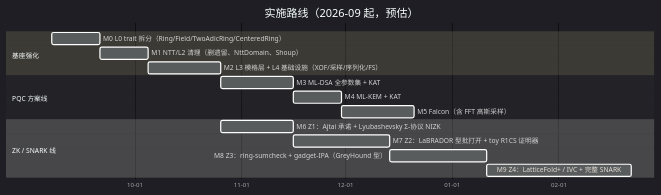
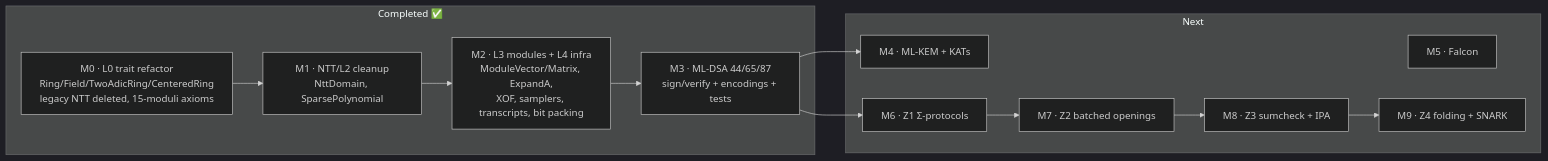
Before and after one commit to SuccinctPaul/lattice-algebra-rs: the diagram in docs/src/pages/roadmap.mdx, drawn with Mermaid (dark theme). The commit also changed other lines of this file and 54 other files, not shown here.

First line of the commit message:
feat: L0-L4 core refactor, ML-DSA, Z1-Z4 protocols, English docs

````diff
--- a/docs/src/pages/roadmap.mdx
+++ b/docs/src/pages/roadmap.mdx
@@ -5,19 +7,19 @@
 ```mermaid
-gantt
-    title 实施路线（2026-09 起，预估）
-    dateFormat YYYY-MM-DD
-    axisFormat %m-%d
-    section 基座强化
-    M0 L0 trait 拆分（Ring/Field/TwoAdicRing/CenteredRing） :m0, 2026-09-07, 14d
-    M1 NTT/L2 清理（删遗留、NttDomain、Shoup）            :m1, after m0, 14d
-    M2 L3 模格层 + L4 基础设施（XOF/采样/序列化/FS）       :m2, after m1, 21d
-    section PQC 方案线
-    M3 ML-DSA 全参数集 + KAT                               :m3, after m2, 21d
-    M4 ML-KEM + KAT                                        :m4, after m3, 14d
-    M5 Falcon（含 FFT 高斯采样）                           :m5, after m4, 21d
-    section ZK / SNARK 线
-    M6 Z1：Ajtai 承诺 + Lyubashevsky Σ-协议 NIZK           :m6, after m2, 21d
-    M7 Z2：LaBRADOR 型批打开 + toy R1CS 证明器             :m7, after m6, 28d
-    M8 Z3：ring-sumcheck + gadget-IPA（GreyHound 型）      :m8, after m7, 28d
-    M9 Z4：LatticeFold+ / IVC + 完整 SNARK                 :m9, after m8, 42d
+flowchart LR
+    subgraph DONE["Completed ✅"]
+        M0["M0 · L0 trait refactor<br/>Ring/Field/TwoAdicRing/CenteredRing<br/>legacy NTT deleted, 15-moduli axioms"]
+        M1["M1 · NTT/L2 cleanup<br/>NttDomain, SparsePolynomial"]
+        M2["M2 · L3 modules + L4 infra<br/>ModuleVector/Matrix, ExpandA,<br/>XOF, samplers, transcripts, bit packing"]
+        M3["M3 · ML-DSA 44/65/87<br/>sign/verify + encodings + tests"]
+    end
+    subgraph NEXT["Next"]
+        M4["M4 · ML-KEM + KATs"]
+        M5["M5 · Falcon"]
+        M6["M6 · Z1 Σ-protocols"]
+        M7["M7 · Z2 batched openings"]
+        M8["M8 · Z3 sumcheck + IPA"]
+        M9["M9 · Z4 folding + SNARK"]
+    end
+    M0 --> M1 --> M2 --> M3 --> M4
+    M3 --> M6 --> M7 --> M8 --> M9
 ```
````
